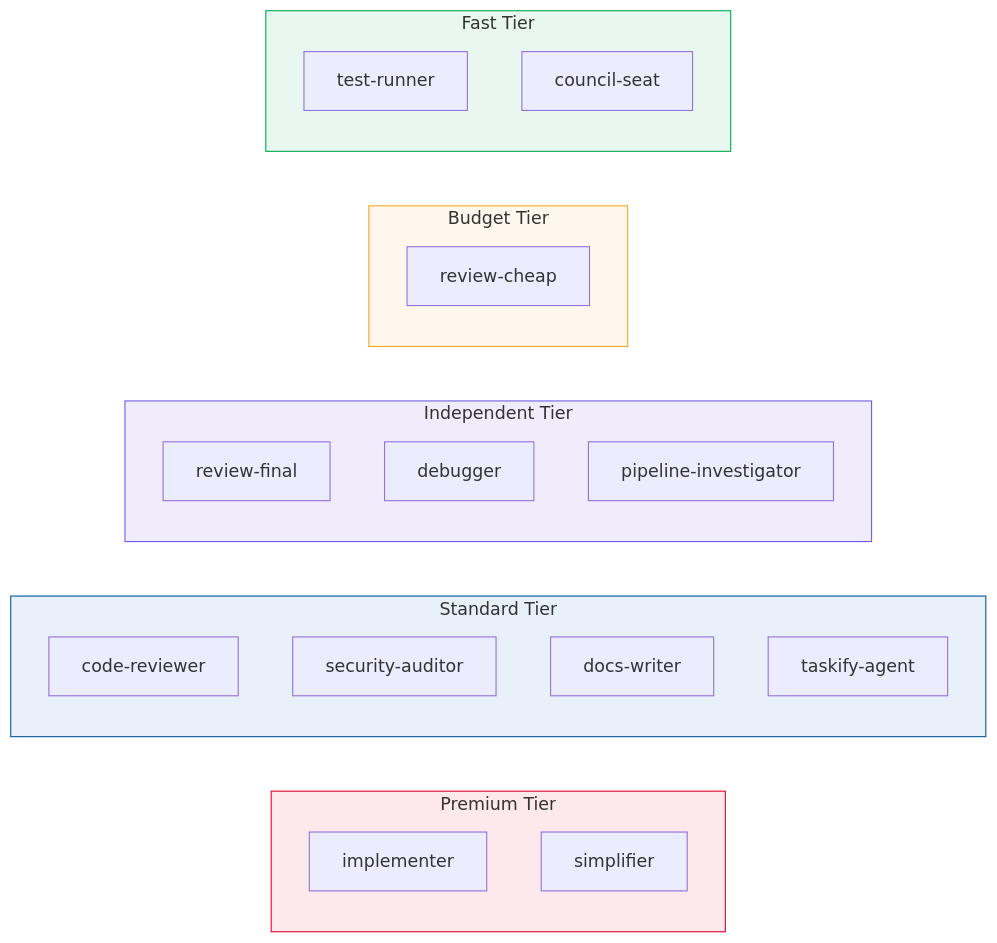
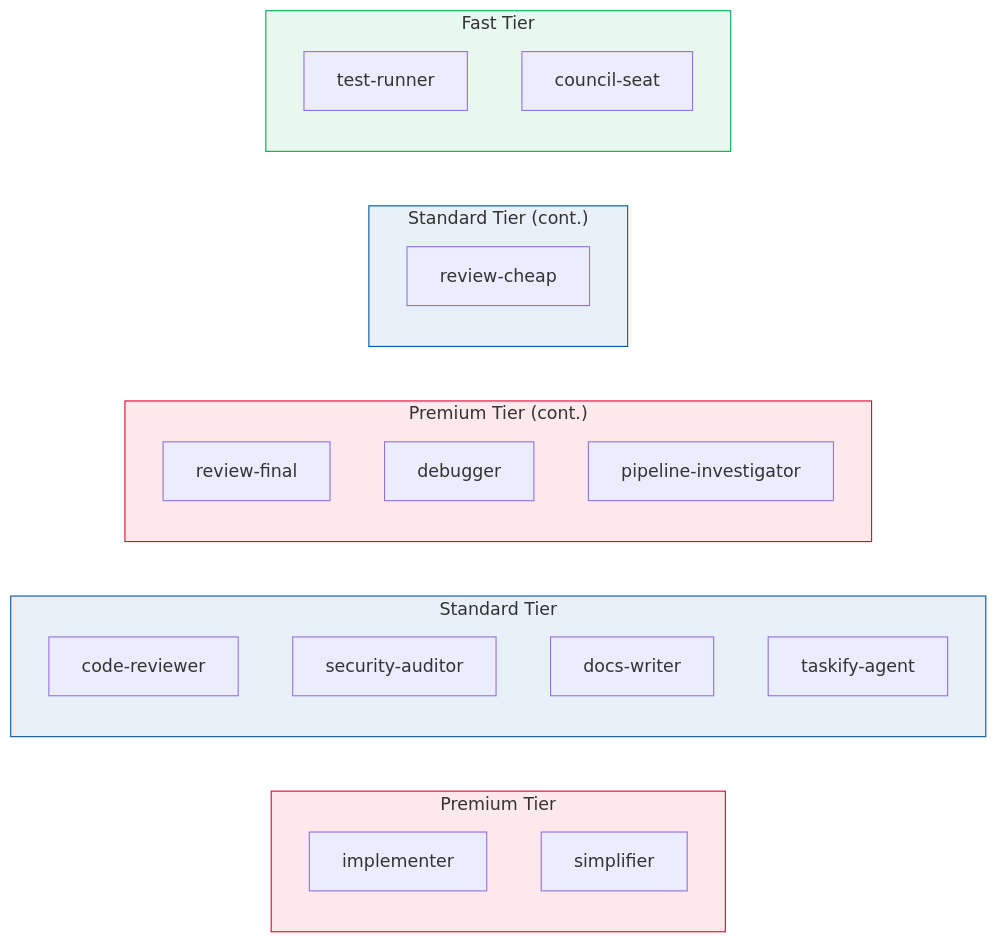
Before and after one commit to mock-server/mockserver: the second of 7 diagrams in docs/operations/opencode-configuration.md, drawn with Mermaid. The commit also changed other lines of this file and 40 other files, not shown here.

````diff
--- a/docs/operations/opencode-configuration.md
+++ b/docs/operations/opencode-configuration.md
@@ -150,35 +150,35 @@
 ```mermaid
 flowchart LR
     subgraph Premium["Premium Tier"]
         IMP["implementer"]
         SIM["simplifier"]
     end
 
     subgraph Standard["Standard Tier"]
         CR["code-reviewer"]
         SA["security-auditor"]
         DW["docs-writer"]
         TA["taskify-agent"]
     end
 
-    subgraph Independent["Independent Tier"]
+    subgraph Premium2["Premium Tier (cont.)"]
         RF["review-final"]
         DB["debugger"]
         PI["pipeline-investigator"]
     end
 
-    subgraph Budget["Budget Tier"]
+    subgraph Standard2["Standard Tier (cont.)"]
         RC["review-cheap"]
     end
 
     subgraph Fast["Fast Tier"]
         TR["test-runner"]
         CS["council-seat"]
     end
 
     style Premium fill:#fde8ec,stroke:#e4002b
     style Standard fill:#e8f0fa,stroke:#00539f
-    style Independent fill:#f0ecfb,stroke:#6b5ce7
-    style Budget fill:#fef8ec,stroke:#f5a623
+    style Premium2 fill:#fde8ec,stroke:#e4002b
+    style Standard2 fill:#e8f0fa,stroke:#00539f
     style Fast fill:#e8f8f0,stroke:#00a651
 ```
````
